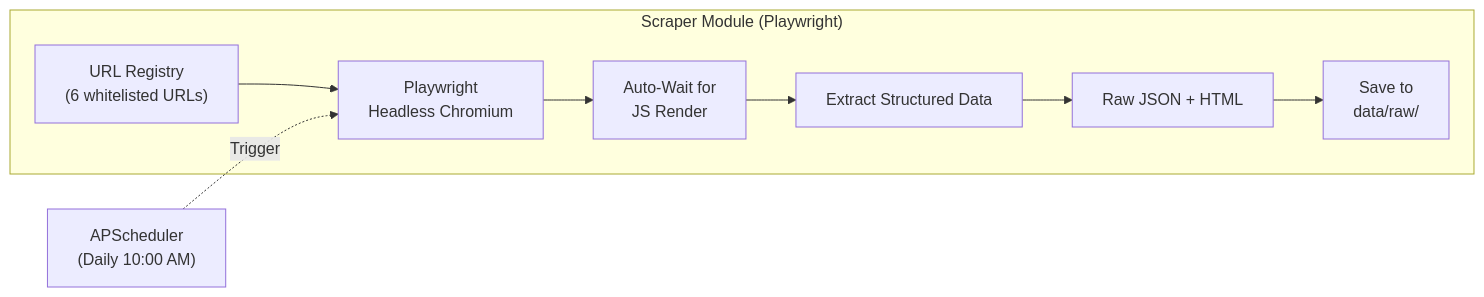
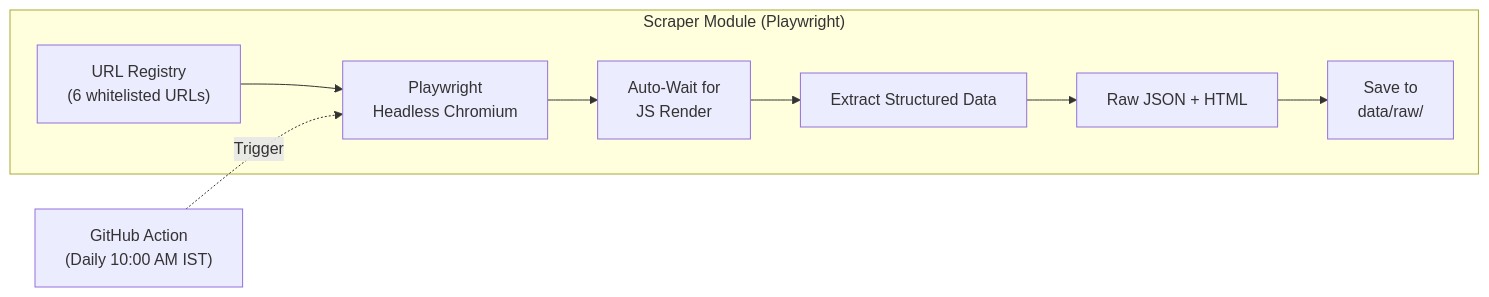
One commit to terse2103/RAG-based-Mutual-Fund-FAQ-Chatbot changed the second of 6 diagrams in Architecture.md. Above: the diagram before and after it, drawn with Mermaid. The commit also changed other lines of this file and 5 other files, not shown here.

````diff
--- a/Architecture.md
+++ b/Architecture.md
@@ -91,12 +91,12 @@
 ```mermaid
 flowchart LR
     subgraph "Scraper Module (Playwright)"
         A["URL Registry<br/>(6 whitelisted URLs)"] --> B["Playwright<br/>Headless Chromium"]
         B --> C["Auto-Wait for<br/>JS Render"]
         C --> D["Extract Structured Data"]
         D --> E["Raw JSON + HTML"]
         E --> F["Save to<br/>data/raw/"]
     end
 
-    G["APScheduler<br/>(Daily 10:00 AM)"] -.->|Trigger| B
+    G["GitHub Action<br/>(Daily 10:00 AM IST)"] -.->|Trigger| B
 ```
````
